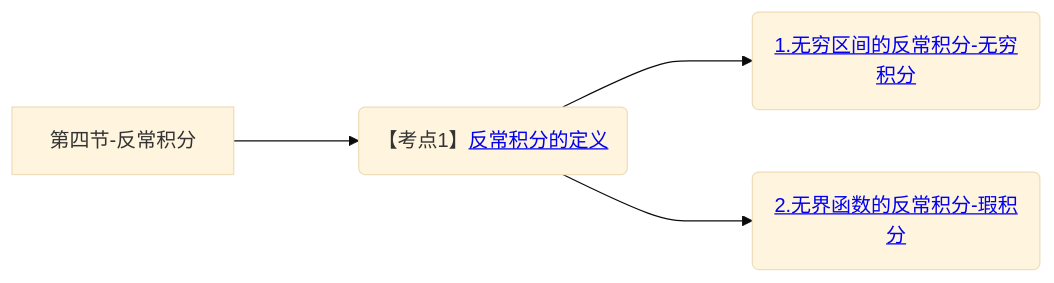
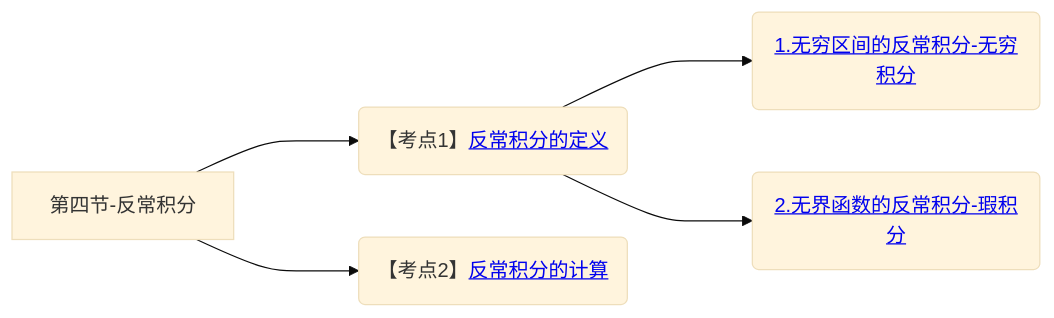
Diagram 22 of 22 in 笔记/数学/周洋鑫/01.基础班思维导图.md (yuebinghui/note), drawn with Mermaid (base theme) before and after one commit. The commit also changed 8 other files, not shown here.

````diff
--- a/笔记/数学/周洋鑫/01.基础班思维导图.md
+++ b/笔记/数学/周洋鑫/01.基础班思维导图.md
@@ -789,11 +789,13 @@
 ```mermaid
 graph LR
 第四节-反常积分
 
 第四节-反常积分--->反常积分的定义(【考点1】<a href="/Users/yuebinghui/Documents/program/github/note/笔记/数学/周洋鑫/基础班/25.定积分的应用.md#反常积分的定义">反常积分的定义</>)
 反常积分的定义--->1.无穷区间的反常积分-无穷积分(<a href="/Users/yuebinghui/Documents/program/github/note/笔记/数学/周洋鑫/基础班/25.定积分的应用.md#1.无穷区间的反常积分-无穷积分">1.无穷区间的反常积分-无穷积分</>)
 反常积分的定义--->2.无界函数的反常积分-瑕积分(<a href="/Users/yuebinghui/Documents/program/github/note/笔记/数学/周洋鑫/基础班/25.定积分的应用.md#2.无界函数的反常积分-瑕积分">2.无界函数的反常积分-瑕积分</>)
 
+第四节-反常积分--->反常积分的计算(【考点2】<a href="/Users/yuebinghui/Documents/program/github/note/笔记/数学/周洋鑫/基础班/25.定积分的应用.md#反常积分的计算">反常积分的计算</>)
+
 
 
 ```
````
